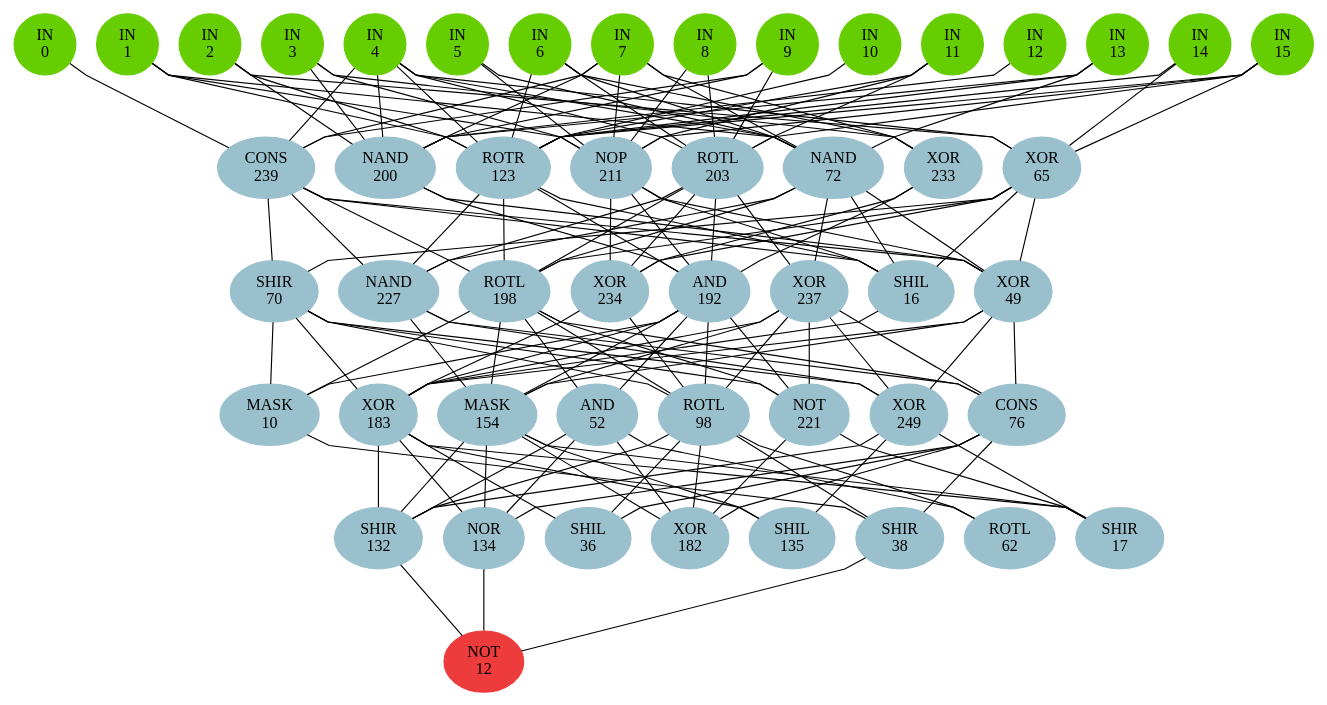
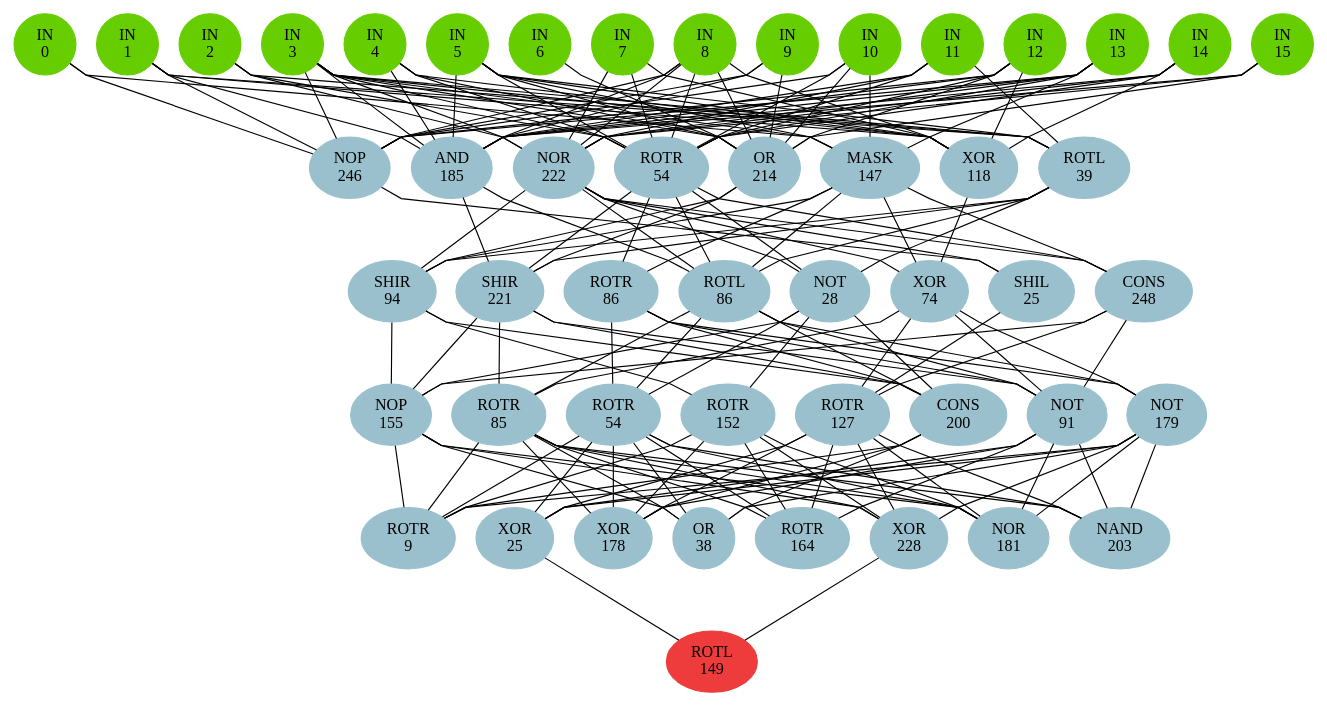
The diagram in experiments/single-sol/tea/4/circuit.dot (Bender250/master-thesis), drawn with Graphviz before and after one commit. The commit also changed 727 other files, not shown here.

```diff
--- a/experiments/single-sol/tea/4/circuit.dot
+++ b/experiments/single-sol/tea/4/circuit.dot
@@ -41,79 +41,79 @@
 }
 { rank=same;
 node [color=lightblue3];
-"0_0"[label="CONS\n239"];
+"0_0"[label="NOP\n246"];
 node [color=lightblue3];
-"0_1"[label="NAND\n200"];
+"0_1"[label="AND\n185"];
 node [color=lightblue3];
-"0_2"[label="ROTR\n123"];
+"0_2"[label="NOR\n222"];
 node [color=lightblue3];
-"0_3"[label="NOP\n211"];
+"0_3"[label="ROTR\n54"];
 node [color=lightblue3];
-"0_4"[label="ROTL\n203"];
+"0_4"[label="OR\n214"];
 node [color=lightblue3];
-"0_5"[label="NAND\n72"];
+"0_5"[label="MASK\n147"];
 node [color=lightblue3];
-"0_6"[label="XOR\n233"];
+"0_6"[label="XOR\n118"];
 node [color=lightblue3];
-"0_7"[label="XOR\n65"];
+"0_7"[label="ROTL\n39"];
 }
 { rank=same;
 node [color=lightblue3];
-"1_0"[label="SHIR\n70"];
+"1_0"[label="SHIR\n94"];
 node [color=lightblue3];
-"1_1"[label="NAND\n227"];
+"1_1"[label="SHIR\n221"];
 node [color=lightblue3];
-"1_2"[label="ROTL\n198"];
+"1_2"[label="ROTR\n86"];
 node [color=lightblue3];
-"1_3"[label="XOR\n234"];
+"1_3"[label="ROTL\n86"];
 node [color=lightblue3];
-"1_4"[label="AND\n192"];
+"1_4"[label="NOT\n28"];
 node [color=lightblue3];
-"1_5"[label="XOR\n237"];
+"1_5"[label="XOR\n74"];
 node [color=lightblue3];
-"1_6"[label="SHIL\n16"];
+"1_6"[label="SHIL\n25"];
 node [color=lightblue3];
-"1_7"[label="XOR\n49"];
+"1_7"[label="CONS\n248"];
 }
 { rank=same;
 node [color=lightblue3];
-"2_0"[label="MASK\n10"];
+"2_0"[label="NOP\n155"];
 node [color=lightblue3];
-"2_1"[label="XOR\n183"];
+"2_1"[label="ROTR\n85"];
 node [color=lightblue3];
-"2_2"[label="MASK\n154"];
+"2_2"[label="ROTR\n54"];
 node [color=lightblue3];
-"2_3"[label="AND\n52"];
+"2_3"[label="ROTR\n152"];
 node [color=lightblue3];
-"2_4"[label="ROTL\n98"];
+"2_4"[label="ROTR\n127"];
 node [color=lightblue3];
-"2_5"[label="NOT\n221"];
+"2_5"[label="CONS\n200"];
 node [color=lightblue3];
-"2_6"[label="XOR\n249"];
+"2_6"[label="NOT\n91"];
 node [color=lightblue3];
-"2_7"[label="CONS\n76"];
+"2_7"[label="NOT\n179"];
 }
 { rank=same;
 node [color=lightblue3];
-"3_0"[label="SHIR\n132"];
+"3_0"[label="ROTR\n9"];
 node [color=lightblue3];
-"3_1"[label="NOR\n134"];
+"3_1"[label="XOR\n25"];
 node [color=lightblue3];
-"3_2"[label="SHIL\n36"];
+"3_2"[label="XOR\n178"];
 node [color=lightblue3];
-"3_3"[label="XOR\n182"];
+"3_3"[label="OR\n38"];
 node [color=lightblue3];
-"3_4"[label="SHIL\n135"];
+"3_4"[label="ROTR\n164"];
 node [color=lightblue3];
-"3_5"[label="SHIR\n38"];
+"3_5"[label="XOR\n228"];
 node [color=lightblue3];
-"3_6"[label="ROTL\n62"];
+"3_6"[label="NOR\n181"];
 node [color=lightblue3];
-"3_7"[label="SHIR\n17"];
+"3_7"[label="NAND\n203"];
 }
 { rank=same;
 node [color=brown2];
-"4_0"[label="NOT\n12"];
+"4_0"[label="ROTL\n149"];
 }
 edge[style=invis];
 "-1_0" -- "-1_1" -- "-1_2" -- "-1_3" -- "-1_4" -- "-1_5" -- "-1_6" -- "-1_7" -- "-1_8" -- "-1_9" -- "-1_10" -- "-1_11" -- "-1_12" -- "-1_13" -- "-1_14" -- "-1_15";
@@ -124,146 +124,167 @@
 "4_0" -- "4_0";
 edge[style=solid];
 "0_0" -- "-1_0";
-"0_0" -- "-1_4";
-"0_0" -- "-1_7";
+"0_0" -- "-1_1";
+"0_0" -- "-1_3";
+"0_0" -- "-1_8";
 "0_0" -- "-1_9";
-"0_1" -- "-1_2";
+"0_0" -- "-1_10";
+"0_0" -- "-1_12";
+"0_0" -- "-1_13";
+"0_1" -- "-1_1";
 "0_1" -- "-1_3";
 "0_1" -- "-1_4";
-"0_1" -- "-1_7";
+"0_1" -- "-1_5";
+"0_1" -- "-1_8";
 "0_1" -- "-1_9";
+"0_1" -- "-1_11";
 "0_1" -- "-1_12";
 "0_1" -- "-1_13";
-"0_2" -- "-1_1";
+"0_1" -- "-1_14";
+"0_1" -- "-1_15";
 "0_2" -- "-1_2";
-"0_2" -- "-1_4";
-"0_2" -- "-1_6";
-"0_2" -- "-1_10";
+"0_2" -- "-1_3";
+"0_2" -- "-1_7";
+"0_2" -- "-1_8";
 "0_2" -- "-1_11";
 "0_2" -- "-1_13";
 "0_2" -- "-1_14";
 "0_2" -- "-1_15";
-"0_3" -- "-1_1";
+"0_3" -- "-1_2";
 "0_3" -- "-1_3";
+"0_3" -- "-1_4";
 "0_3" -- "-1_5";
 "0_3" -- "-1_7";
 "0_3" -- "-1_8";
+"0_3" -- "-1_10";
 "0_3" -- "-1_11";
-"0_3" -- "-1_15";
+"0_3" -- "-1_12";
+"0_3" -- "-1_13";
+"0_3" -- "-1_14";
+"0_4" -- "-1_3";
 "0_4" -- "-1_4";
+"0_4" -- "-1_5";
 "0_4" -- "-1_6";
 "0_4" -- "-1_8";
 "0_4" -- "-1_9";
-"0_4" -- "-1_11";
+"0_4" -- "-1_10";
+"0_4" -- "-1_12";
 "0_4" -- "-1_15";
-"0_5" -- "-1_1";
-"0_5" -- "-1_4";
+"0_5" -- "-1_0";
+"0_5" -- "-1_3";
 "0_5" -- "-1_5";
-"0_5" -- "-1_6";
-"0_5" -- "-1_7";
+"0_5" -- "-1_10";
 "0_5" -- "-1_13";
+"0_6" -- "-1_1";
 "0_6" -- "-1_3";
-"0_6" -- "-1_6";
+"0_6" -- "-1_4";
+"0_6" -- "-1_5";
 "0_6" -- "-1_7";
+"0_6" -- "-1_8";
+"0_6" -- "-1_12";
+"0_6" -- "-1_14";
+"0_7" -- "-1_1";
 "0_7" -- "-1_2";
-"0_7" -- "-1_4";
-"0_7" -- "-1_14";
-"0_7" -- "-1_15";
-"1_0" -- "0_0";
+"0_7" -- "-1_3";
+"0_7" -- "-1_5";
+"0_7" -- "-1_11";
+"1_0" -- "0_2";
+"1_0" -- "0_4";
+"1_0" -- "0_5";
 "1_0" -- "0_7";
-"1_1" -- "0_0";
-"1_1" -- "0_2";
+"1_1" -- "0_1";
+"1_1" -- "0_3";
 "1_1" -- "0_4";
-"1_1" -- "0_5";
-"1_2" -- "0_0";
-"1_2" -- "0_2";
-"1_2" -- "0_4";
+"1_1" -- "0_7";
+"1_2" -- "0_3";
 "1_2" -- "0_5";
-"1_2" -- "0_7";
+"1_3" -- "0_1";
+"1_3" -- "0_2";
 "1_3" -- "0_3";
-"1_3" -- "0_4";
-"1_3" -- "0_6";
+"1_3" -- "0_5";
 "1_3" -- "0_7";
-"1_4" -- "0_1";
 "1_4" -- "0_2";
 "1_4" -- "0_3";
-"1_4" -- "0_4";
-"1_4" -- "0_6";
-"1_5" -- "0_4";
+"1_4" -- "0_7";
+"1_5" -- "0_2";
 "1_5" -- "0_5";
+"1_5" -- "0_6";
 "1_6" -- "0_0";
 "1_6" -- "0_2";
-"1_6" -- "0_3";
-"1_6" -- "0_5";
-"1_6" -- "0_7";
-"1_7" -- "0_0";
-"1_7" -- "0_1";
+"1_7" -- "0_2";
 "1_7" -- "0_3";
 "1_7" -- "0_5";
-"1_7" -- "0_7";
 "2_0" -- "1_0";
-"2_0" -- "1_2";
+"2_0" -- "1_1";
 "2_0" -- "1_4";
-"2_1" -- "1_0";
+"2_0" -- "1_7";
+"2_1" -- "1_1";
 "2_1" -- "1_3";
-"2_1" -- "1_4";
 "2_1" -- "1_5";
-"2_1" -- "1_6";
-"2_1" -- "1_7";
-"2_2" -- "1_1";
 "2_2" -- "1_2";
+"2_2" -- "1_3";
 "2_2" -- "1_4";
-"2_2" -- "1_5";
-"2_2" -- "1_7";
-"2_3" -- "1_2";
+"2_3" -- "1_0";
 "2_3" -- "1_4";
-"2_4" -- "1_0";
-"2_4" -- "1_2";
-"2_4" -- "1_3";
-"2_4" -- "1_4";
 "2_4" -- "1_5";
+"2_4" -- "1_6";
+"2_4" -- "1_7";
 "2_5" -- "1_0";
+"2_5" -- "1_1";
 "2_5" -- "1_2";
+"2_5" -- "1_3";
 "2_5" -- "1_4";
-"2_5" -- "1_5";
-"2_6" -- "1_0";
 "2_6" -- "1_1";
+"2_6" -- "1_2";
+"2_6" -- "1_3";
 "2_6" -- "1_5";
 "2_6" -- "1_7";
-"2_7" -- "1_1";
 "2_7" -- "1_2";
+"2_7" -- "1_3";
 "2_7" -- "1_5";
-"2_7" -- "1_7";
+"3_0" -- "2_0";
 "3_0" -- "2_1";
 "3_0" -- "2_2";
 "3_0" -- "2_3";
-"3_0" -- "2_4";
-"3_0" -- "2_6";
-"3_1" -- "2_1";
+"3_0" -- "2_5";
+"3_0" -- "2_7";
 "3_1" -- "2_2";
-"3_1" -- "2_3";
+"3_1" -- "2_4";
+"3_1" -- "2_6";
 "3_1" -- "2_7";
 "3_2" -- "2_1";
+"3_2" -- "2_2";
+"3_2" -- "2_3";
 "3_2" -- "2_4";
-"3_2" -- "2_7";
+"3_2" -- "2_5";
+"3_2" -- "2_6";
+"3_3" -- "2_0";
+"3_3" -- "2_1";
 "3_3" -- "2_2";
-"3_3" -- "2_3";
-"3_3" -- "2_4";
 "3_3" -- "2_5";
 "3_3" -- "2_7";
 "3_4" -- "2_1";
 "3_4" -- "2_2";
+"3_4" -- "2_3";
+"3_4" -- "2_4";
 "3_4" -- "2_6";
 "3_5" -- "2_0";
+"3_5" -- "2_1";
+"3_5" -- "2_3";
 "3_5" -- "2_4";
 "3_5" -- "2_7";
+"3_6" -- "2_0";
+"3_6" -- "2_1";
+"3_6" -- "2_2";
 "3_6" -- "2_3";
 "3_6" -- "2_4";
+"3_6" -- "2_6";
+"3_6" -- "2_7";
 "3_7" -- "2_1";
 "3_7" -- "2_2";
-"3_7" -- "2_5";
+"3_7" -- "2_4";
 "3_7" -- "2_6";
-"4_0" -- "3_0";
+"3_7" -- "2_7";
 "4_0" -- "3_1";
 "4_0" -- "3_5";
 }
```
